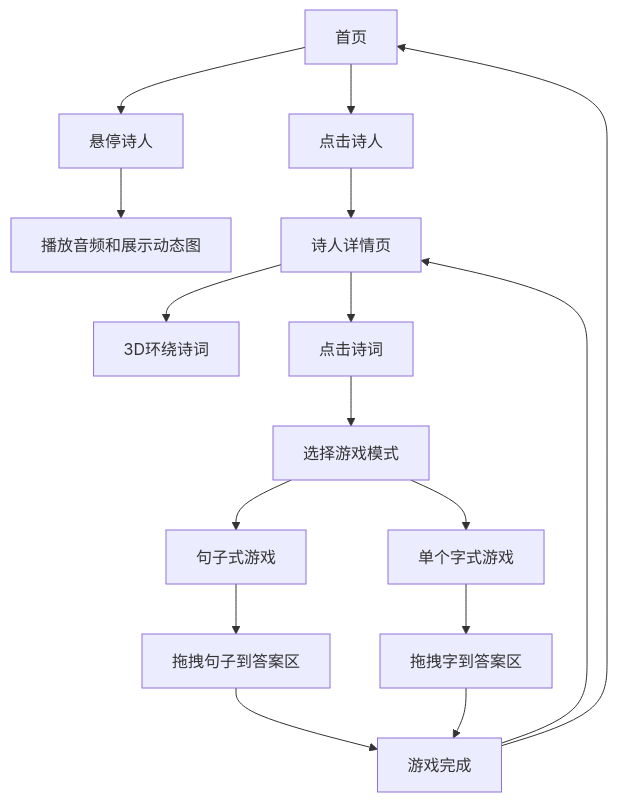
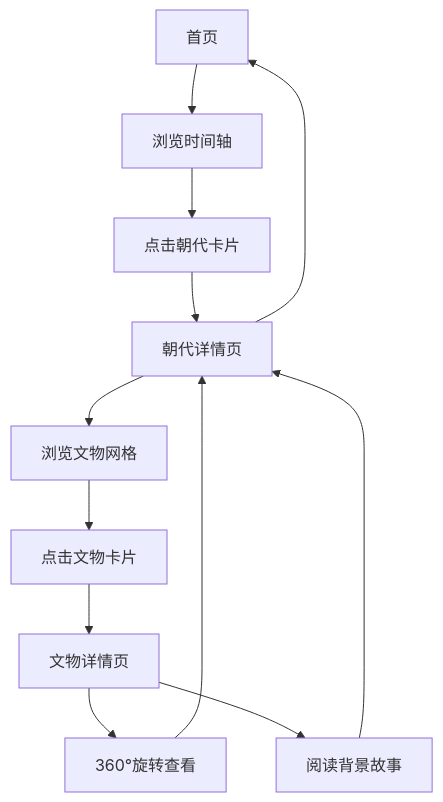
The diagram in .trae/documents/prd.md (liufei-love/ancient_poetry_learn), drawn with Mermaid before and after one commit. The commit also changed other lines of this file and 10 other files, not shown here.

````diff
--- a/.trae/documents/prd.md
+++ b/.trae/documents/prd.md
@@ -38,18 +37,14 @@
 ```mermaid
 flowchart TD
-    A[首页] --> B[悬停诗人]
-    B --> C[播放音频和展示动态图]
-    A --> D[点击诗人]
-    D --> E[诗人详情页]
-    E --> F[3D环绕诗词]
-    E --> G[点击诗词]
-    G --> H[选择游戏模式]
-    H --> I[句子式游戏]
-    H --> J[单个字式游戏]
-    I --> K[拖拽句子到答案区]
-    J --> L[拖拽字到答案区]
-    K --> M[游戏完成]
-    L --> M
-    M --> E
-    M --> A
+    A[首页] --> B[浏览时间轴]
+    B --> C[点击朝代卡片]
+    C --> D[朝代详情页]
+    D --> E[浏览文物网格]
+    E --> F[点击文物卡片]
+    F --> G[文物详情页]
+    G --> H[360°旋转查看]
+    G --> I[阅读背景故事]
+    H --> D
+    I --> D
+    D --> A
 ```
````
